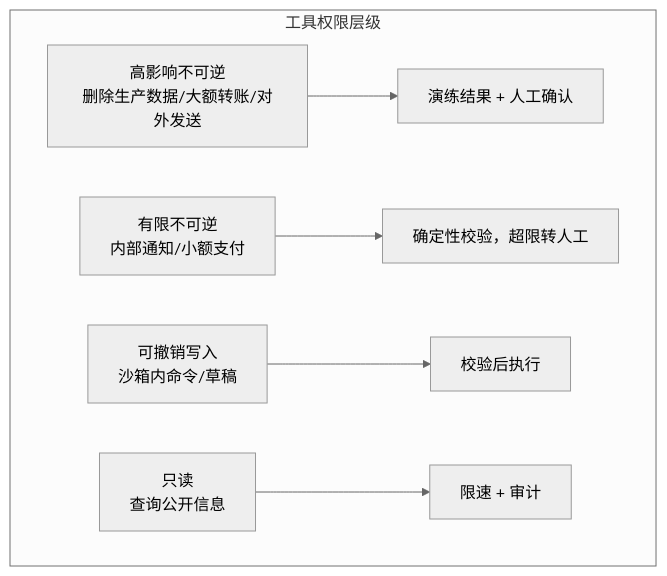
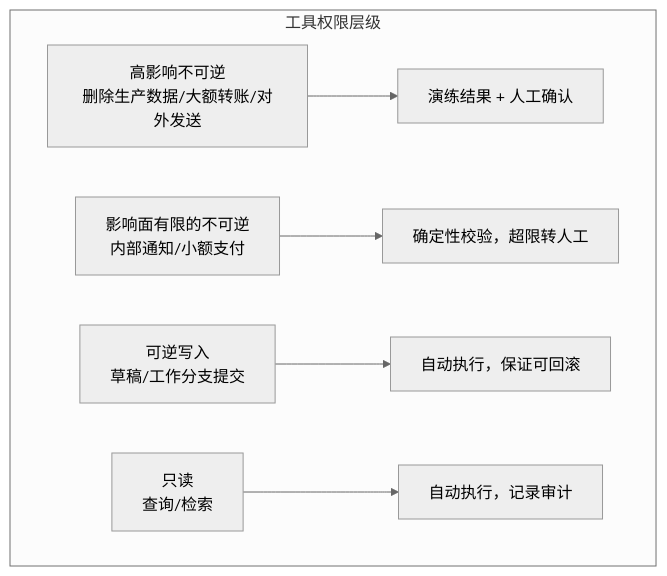
Before and after one commit to yeasy/ai_security_guide: the third of 5 diagrams in 12_agent_attack_surface/12.1_tool_security.md, drawn with Mermaid (neutral theme). The commit also changed other lines of this file and 15 other files, not shown here.

````diff
--- a/12_agent_attack_surface/12.1_tool_security.md
+++ b/12_agent_attack_surface/12.1_tool_security.md
@@ -132,9 +132,9 @@
 ```mermaid
 graph TB
     subgraph "工具权限层级"
     A["高影响不可逆<br/>删除生产数据/大额转账/对外发送"] --> E["演练结果 + 人工确认"]
-    B["有限不可逆<br/>内部通知/小额支付"] --> F["确定性校验，超限转人工"]
-    C["可撤销写入<br/>沙箱内命令/草稿"] --> G["校验后执行"]
-    D["只读<br/>查询公开信息"] --> H["限速 + 审计"]
+    B["影响面有限的不可逆<br/>内部通知/小额支付"] --> F["确定性校验，超限转人工"]
+    C["可逆写入<br/>草稿/工作分支提交"] --> G["自动执行，保证可回滚"]
+    D["只读<br/>查询/检索"] --> H["自动执行，记录审计"]
     end
 ```
````
